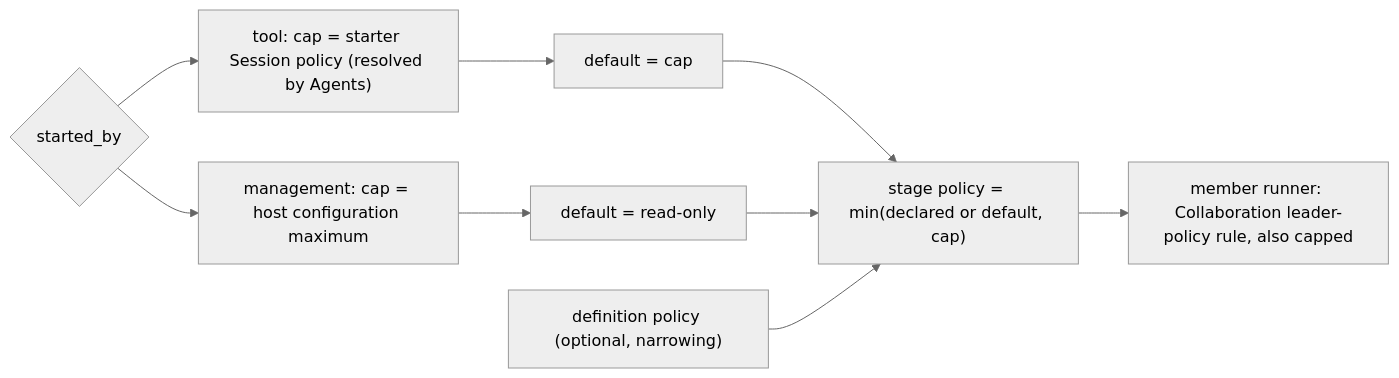
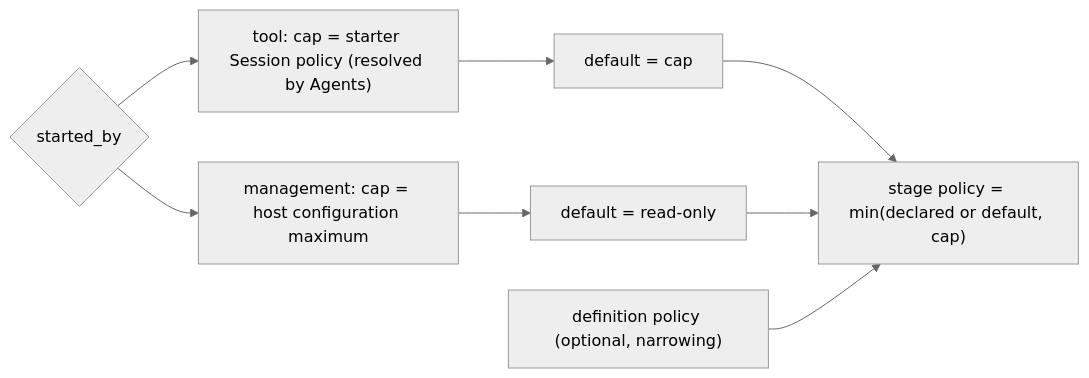
The fifth of 6 diagrams in docs/design/plugins/Workflow.md (CoutinhoTTS/dim-agent), drawn with Mermaid (neutral theme) before and after one commit. The commit also changed other lines of this file and 40 other files, not shown here.

````diff
--- a/docs/design/plugins/Workflow.md
+++ b/docs/design/plugins/Workflow.md
@@ -141,15 +139,13 @@
 ```mermaid
 flowchart LR
   Start{"started_by"}
   ToolStart["tool: cap = starter Session policy (resolved by Agents)"]
   MgmtStart["management: cap = host configuration maximum"]
   D1["default = cap"]
   D2["default = read-only"]
   Decl["definition policy (optional, narrowing)"]
   Eff["stage policy = min(declared or default, cap)"]
-  Member["member runner: Collaboration leader-policy rule, also capped"]
   Start --> ToolStart --> D1 --> Eff
   Start --> MgmtStart --> D2 --> Eff
   Decl --> Eff
-  Eff --> Member
 ```
````
